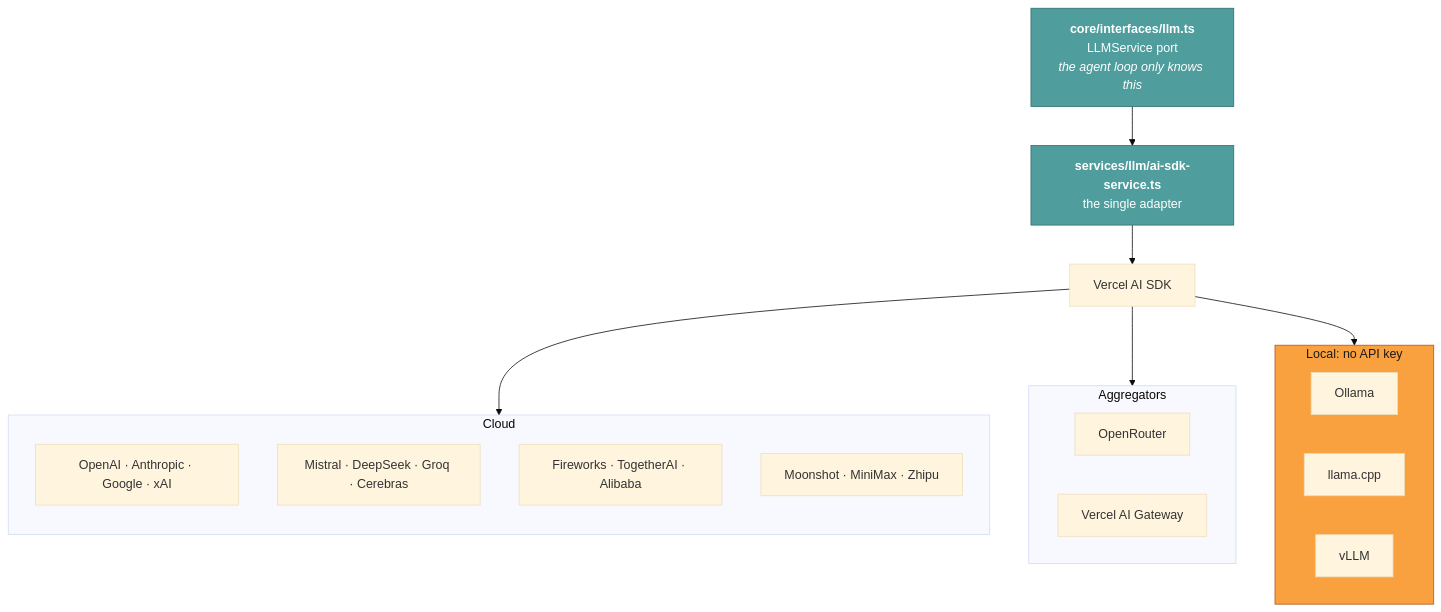
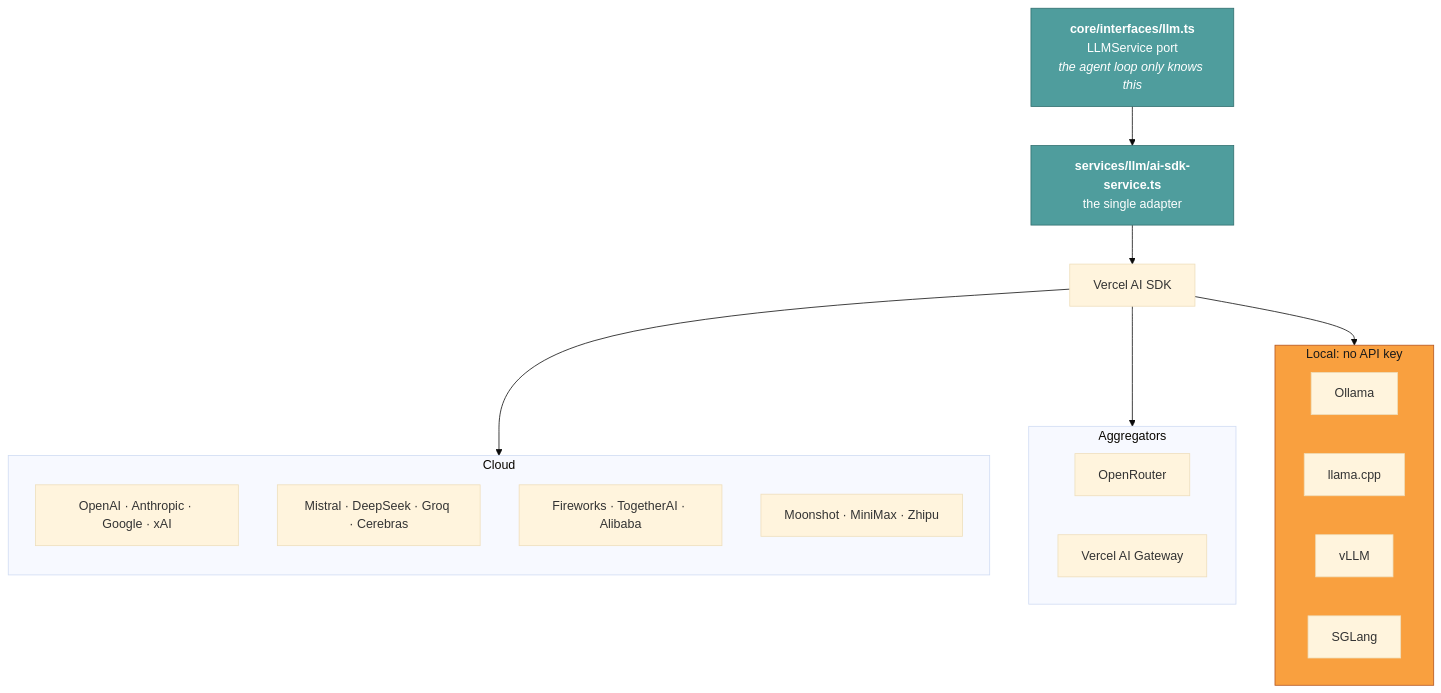
One commit to lvndry/jazz changed the first of 3 diagrams in docs/maintainers/add-a-provider.md. Above: the diagram before and after it, drawn with Mermaid (base theme). The commit also changed other lines of this file and 52 other files, not shown here.

````diff
--- a/docs/maintainers/add-a-provider.md
+++ b/docs/maintainers/add-a-provider.md
@@ -22,35 +22,36 @@
 ```mermaid
 flowchart TB
     CORE["<b>core/interfaces/llm.ts</b><br/>LLMService port<br/><i>the agent loop only knows this</i>"]
     IMPL["<b>services/llm/ai-sdk-service.ts</b><br/>the single adapter"]
     SDK["Vercel AI SDK"]
 
     subgraph cloud["Cloud"]
         direction TB
         C1["OpenAI · Anthropic · Google · xAI"]
         C2["Mistral · DeepSeek · Groq · Cerebras"]
         C3["Fireworks · TogetherAI · Alibaba"]
         C4["Moonshot · MiniMax · Zhipu"]
     end
 
     subgraph aggregators["Aggregators"]
         A1["OpenRouter"]
         A2["Vercel AI Gateway"]
     end
 
     subgraph local["Local: no API key"]
         L1["Ollama"]
         L2["llama.cpp"]
         L3["vLLM"]
+        L4["SGLang"]
     end
 
     CORE --> IMPL --> SDK
     SDK --> cloud
     SDK --> aggregators
     SDK --> local
 
     classDef core fill:#4f9d9d,stroke:#2f6d6d,color:#ffffff
     classDef free fill:#f9a03f,stroke:#b3541e,color:#1a1a1a
     class CORE,IMPL core
     class local free
 ```
````
